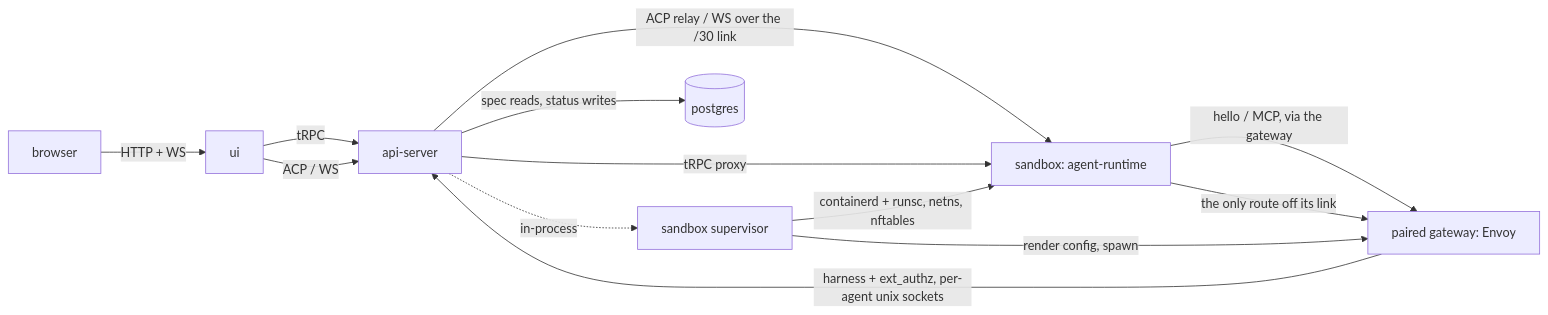
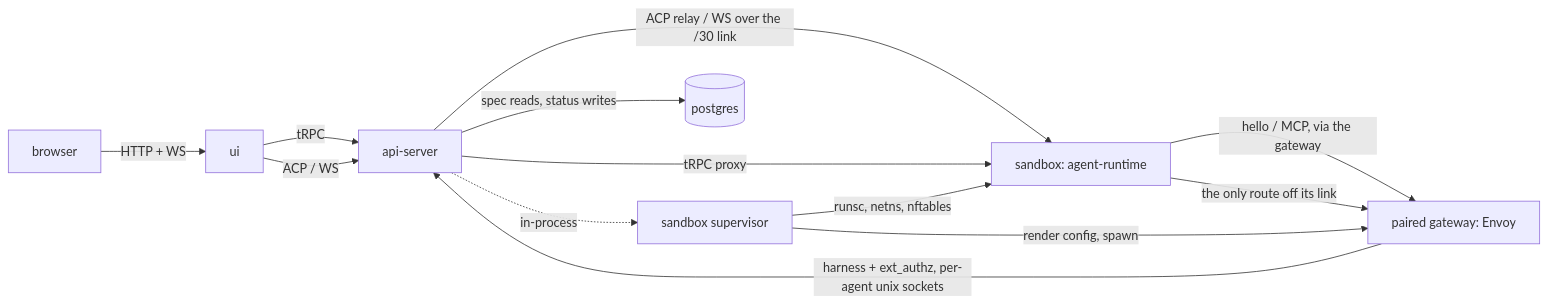
The diagram in docs/architecture/platform-topology.md (dam-agents/dam), drawn with Mermaid before and after one commit. The commit also changed other lines of this file and 14 other files, not shown here.

First line of the commit message:
docs(architecture): describe one node driving runsc, not a cluster of replicas

````diff
--- a/docs/architecture/platform-topology.md
+++ b/docs/architecture/platform-topology.md
@@ -13,23 +13,23 @@
 ```mermaid
 flowchart LR
   browser[browser]
   ui[ui]
   api-server[api-server]
   supervisor[sandbox supervisor]
   agent-runtime[sandbox: agent-runtime]
   gateway[paired gateway: Envoy]
   postgres[(postgres)]
 
   browser -->|HTTP + WS| ui
   ui -->|tRPC| api-server
   ui -->|ACP / WS| api-server
   api-server -->|ACP relay / WS over the /30 link| agent-runtime
   api-server -->|tRPC proxy| agent-runtime
   agent-runtime -->|hello / MCP, via the gateway| gateway
   agent-runtime -->|the only route off its link| gateway
   gateway -->|harness + ext_authz, per-agent unix sockets| api-server
   api-server -->|spec reads, status writes| postgres
   api-server -.->|in-process| supervisor
-  supervisor -->|containerd + runsc, netns, nftables| agent-runtime
+  supervisor -->|runsc, netns, nftables| agent-runtime
   supervisor -->|render config, spawn| gateway
 ```
````
